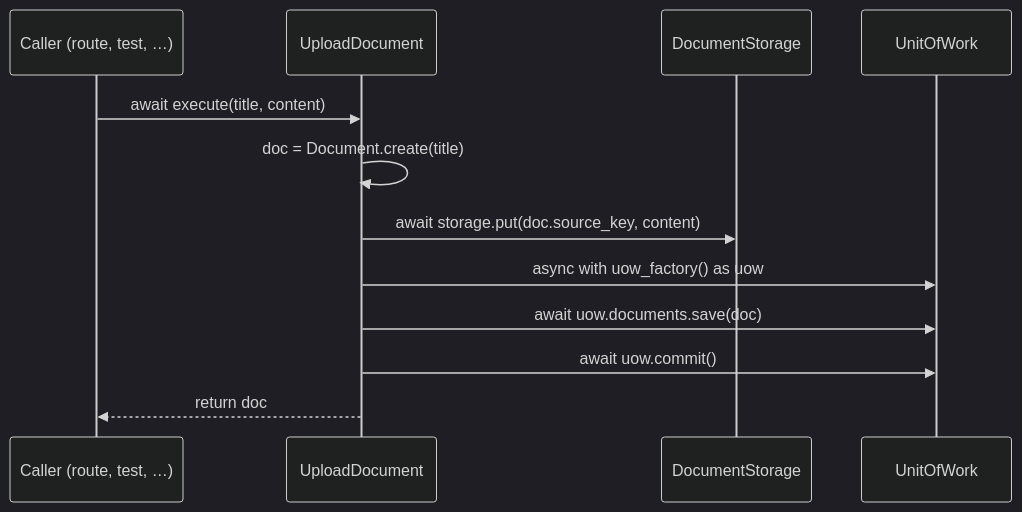
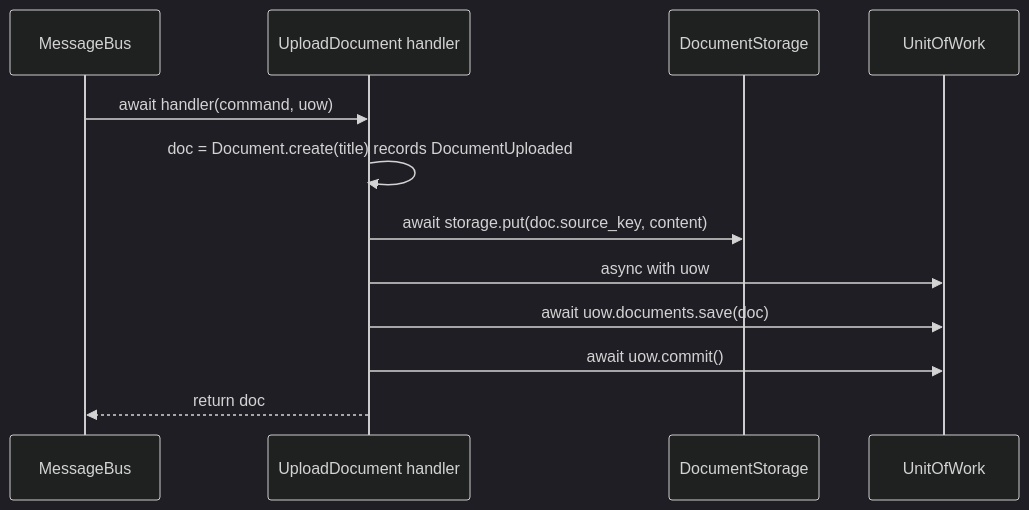
Before and after one commit to jacogro13/Cicero: the fourth of 7 diagrams in docs/architecture.md, drawn with Mermaid (dark theme). The commit also changed other lines of this file, not shown here.

Commit message:
docs(architecture): message bus orchestration and the upload command path

````diff
--- a/docs/architecture.md
+++ b/docs/architecture.md
@@ -142,14 +142,14 @@
 ```mermaid
 sequenceDiagram
-    participant C as Caller (route, test, …)
-    participant U as UploadDocument
+    participant B as MessageBus
+    participant U as UploadDocument handler
     participant S as DocumentStorage
     participant W as UnitOfWork
-    C->>U: await execute(title, content)
-    U->>U: doc = Document.create(title)
+    B->>U: await handler(command, uow)
+    U->>U: doc = Document.create(title) records DocumentUploaded
     U->>S: await storage.put(doc.source_key, content)
-    U->>W: async with uow_factory() as uow
+    U->>W: async with uow
     U->>W: await uow.documents.save(doc)
     U->>W: await uow.commit()
-    U-->>C: return doc
+    U-->>B: return doc
 ```
````
